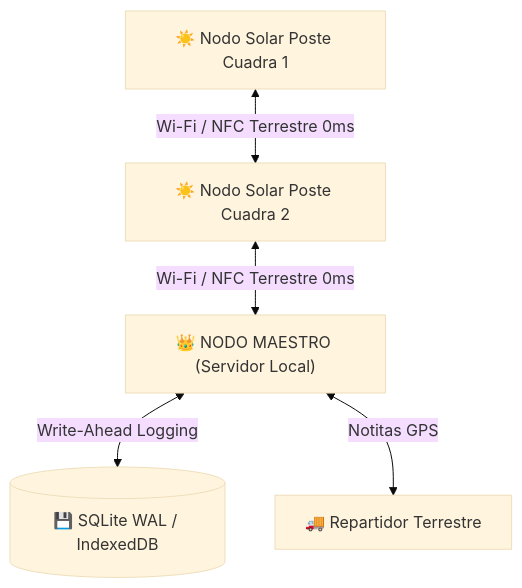
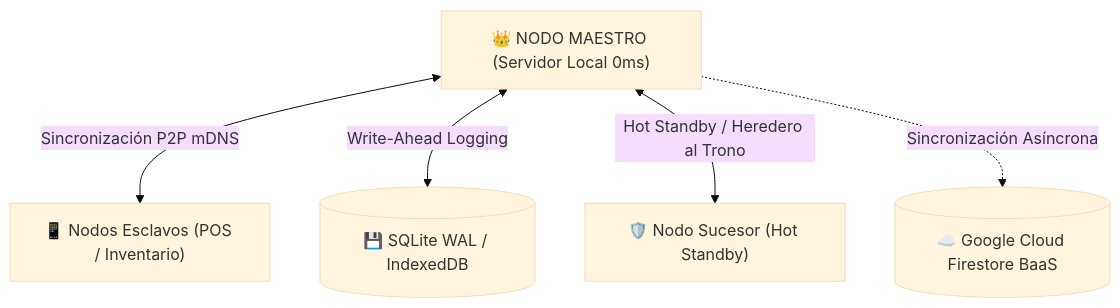
Before and after one commit to ataca3000/bunnkker-e.c.o.s-baas: the diagram in README.md, drawn with Mermaid (base theme). The commit also changed other lines of this file and 2 other files, not shown here.

````diff
--- a/README.md
+++ b/README.md
@@ -27,8 +29,7 @@
 ```mermaid
 graph TD
-    POSTE_1["☀️ Nodo Solar Poste Cuadra 1"] <-->|Wi-Fi / NFC Terrestre 0ms| POSTE_2["☀️ Nodo Solar Poste Cuadra 2"]
-    POSTE_2 <-->|Wi-Fi / NFC Terrestre 0ms| MAESTRO["👑 NODO MAESTRO (Servidor Local)"]
-    
+    MAESTRO["👑 NODO MAESTRO (Servidor Local 0ms)"] <-->|Sincronización P2P mDNS| ESCLAVO["📱 Nodos Esclavos (POS / Inventario)"]
     MAESTRO <-->|Write-Ahead Logging| DB_LOCAL[("💾 SQLite WAL / IndexedDB")]
-    MAESTRO <-->|Notitas GPS| REPARTIDOR["🚚 Repartidor Terrestre"]
+    MAESTRO <-->|Hot Standby / Heredero al Trono| HOT_STANDBY["🛡️ Nodo Sucesor (Hot Standby)"]
+    MAESTRO -.->|Sincronización Asíncrona| CLOUD[("☁️ Google Cloud Firestore BaaS")]
 ```
````
